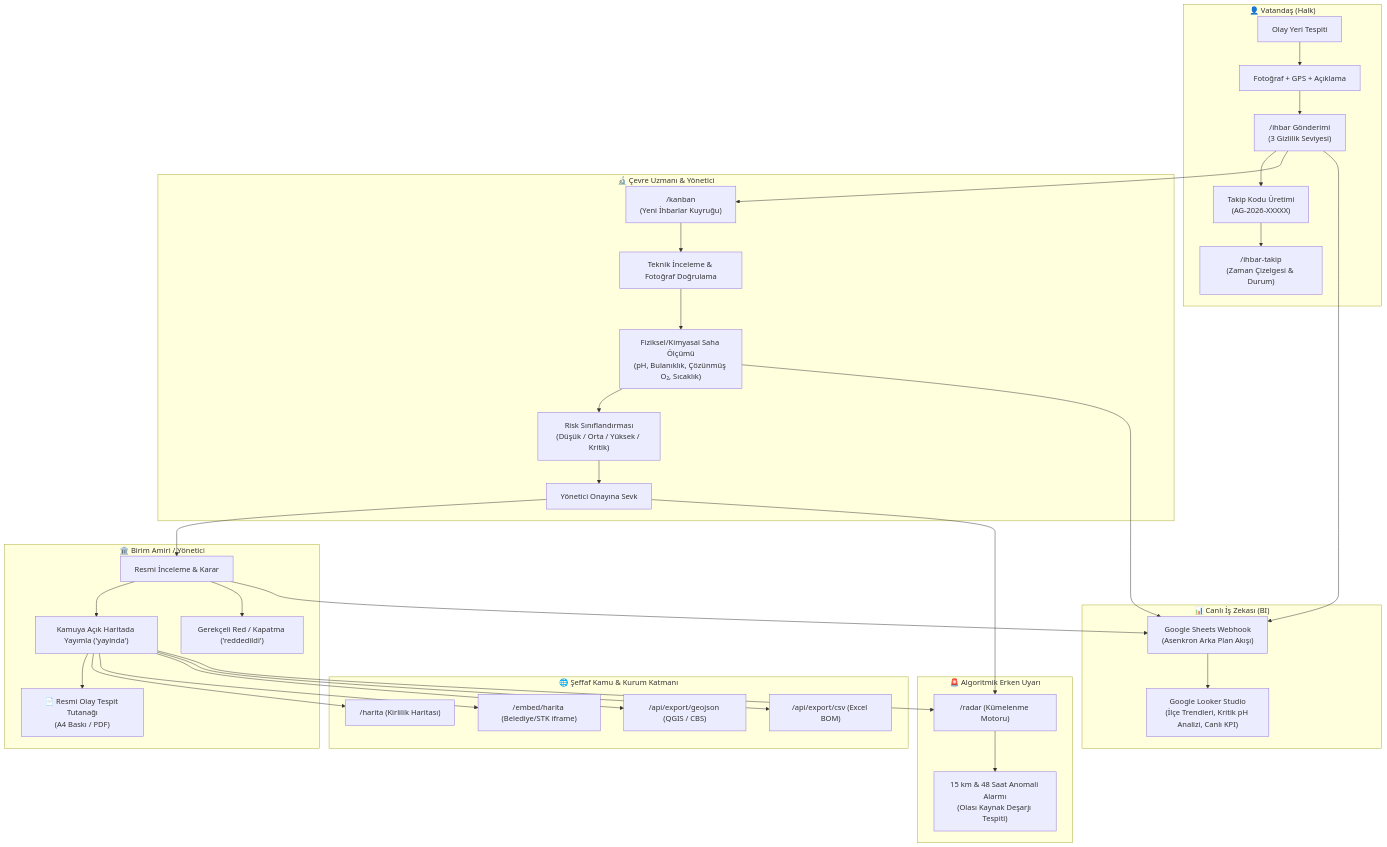
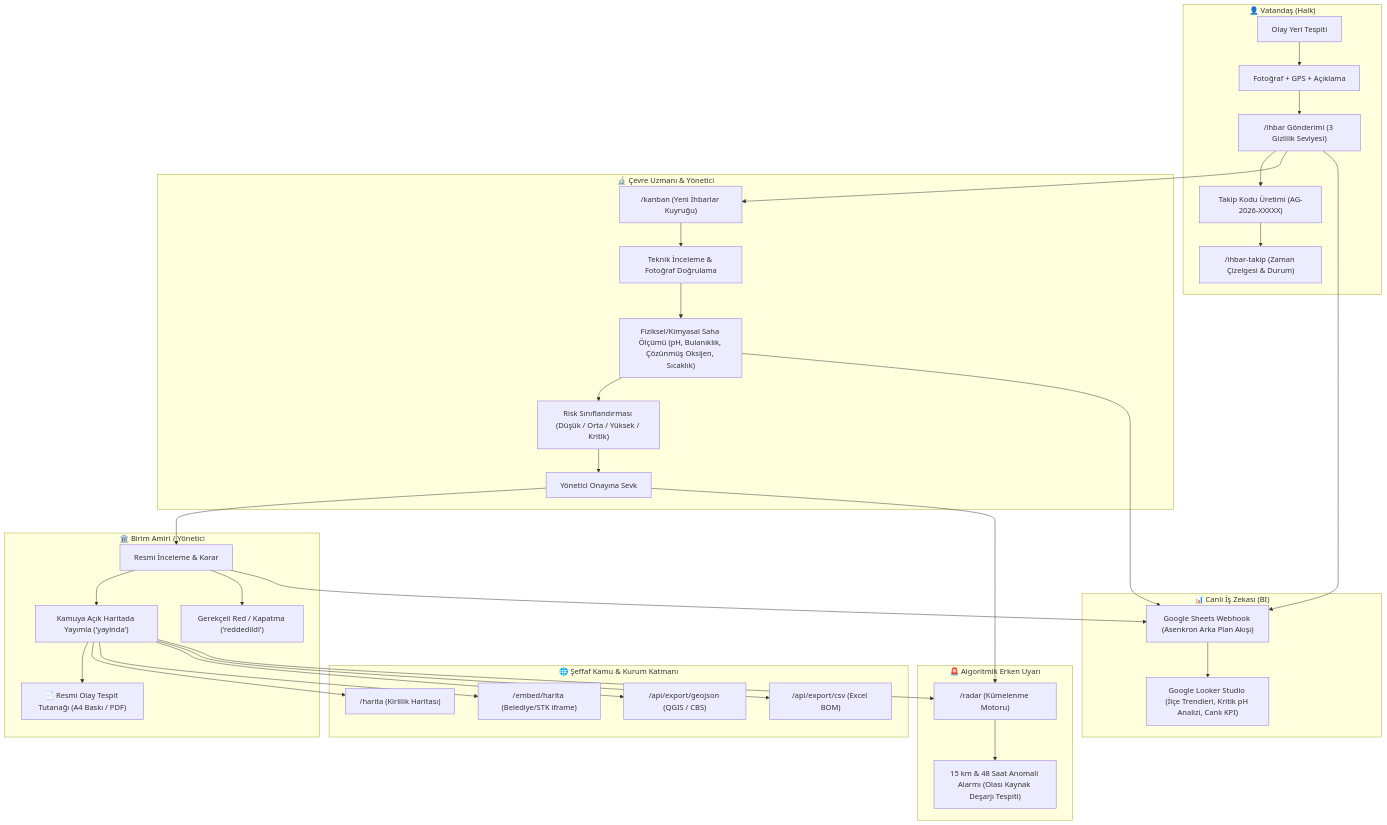
One commit to meryemgcl/aquaguard-app changed the diagram in README.md. Above: the diagram before and after it, drawn with Mermaid. The commit also changed other lines of this file and 9 other files, not shown here.

````diff
--- a/README.md
+++ b/README.md
@@ -21,41 +22,44 @@
 ```mermaid
 flowchart TD
     subgraph Vatandas["👤 Vatandaş (Halk)"]
         A["Olay Yeri Tespiti"] --> B["Fotoğraf + GPS + Açıklama"]
-        B --> C["/ihbar Gönderimi\n(3 Gizlilik Seviyesi)"]
-        C --> D["Takip Kodu Üretimi\n(AG-2026-XXXXX)"]
-        D --> E["/ihbar-takip\n(Zaman Çizelgesi & Durum)"]
+        B --> C["/ihbar Gönderimi (3 Gizlilik Seviyesi)"]
+        C --> D["Takip Kodu Üretimi (AG-2026-XXXXX)"]
+        D --> E["/ihbar-takip (Zaman Çizelgesi & Durum)"]
     end
 
     subgraph Uzman["🔬 Çevre Uzmanı & Yönetici"]
-        C --> F["/kanban\n(Yeni İhbarlar Kuyruğu)"]
+        C --> F["/kanban (Yeni İhbarlar Kuyruğu)"]
         F --> G["Teknik İnceleme & Fotoğraf Doğrulama"]
-        G --> H["Fiziksel/Kimyasal Saha Ölçümü\n(pH, Bulanıklık, Çözünmüş O₂, Sıcaklık)"]
-        H --> I["Risk Sınıflandırması\n(Düşük / Orta / Yüksek / Kritik)"]
+        G --> H["Fiziksel/Kimyasal Saha Ölçümü (pH, Bulanıklık, Çözünmüş Oksijen, Sıcaklık)"]
+        H --> I["Risk Sınıflandırması (Düşük / Orta / Yüksek / Kritik)"]
         I --> J["Yönetici Onayına Sevk"]
     end
 
     subgraph Yonetici["🏛️ Birim Amiri / Yönetici"]
         J --> K["Resmi İnceleme & Karar"]
         K --> L["Kamuya Açık Haritada Yayımla ('yayinda')"]
         K --> M["Gerekçeli Red / Kapatma ('reddedildi')"]
-        L --> N["📄 Resmi Olay Tespit Tutanağı\n(A4 Baskı / PDF)"]
+        L --> N["📄 Resmi Olay Tespit Tutanağı (A4 Baskı / PDF)"]
     end
 
     subgraph CanliBI["📊 Canlı İş Zekası (BI)"]
-        C & H & K --> O["Google Sheets Webhook\n(Asenkron Arka Plan Akışı)"]
-        O --> P["Google Looker Studio\n(İlçe Trendleri, Kritik pH Analizi, Canlı KPI)"]
+        C --> O["Google Sheets Webhook (Asenkron Arka Plan Akışı)"]
+        H --> O
+        K --> O
+        O --> P["Google Looker Studio (İlçe Trendleri, Kritik pH Analizi, Canlı KPI)"]
     end
 
     subgraph Kamu["🌐 Şeffaf Kamu & Kurum Katmanı"]
         L --> Q["/harita (Kirlilik Haritası)"]
         L --> R["/embed/harita (Belediye/STK iframe)"]
         L --> S["/api/export/geojson (QGIS / CBS)"]
         L --> T["/api/export/csv (Excel BOM)"]
     end
 
     subgraph Radar["🚨 Algoritmik Erken Uyarı"]
-        L & J --> U["/radar (Kümelenme Motoru)"]
-        U --> V["15 km & 48 Saat Anomali Alarmı\n(Olası Kaynak Deşarjı Tespiti)"]
+        L --> U["/radar (Kümelenme Motoru)"]
+        J --> U
+        U --> V["15 km & 48 Saat Anomali Alarmı (Olası Kaynak Deşarjı Tespiti)"]
     end
 ```
````
